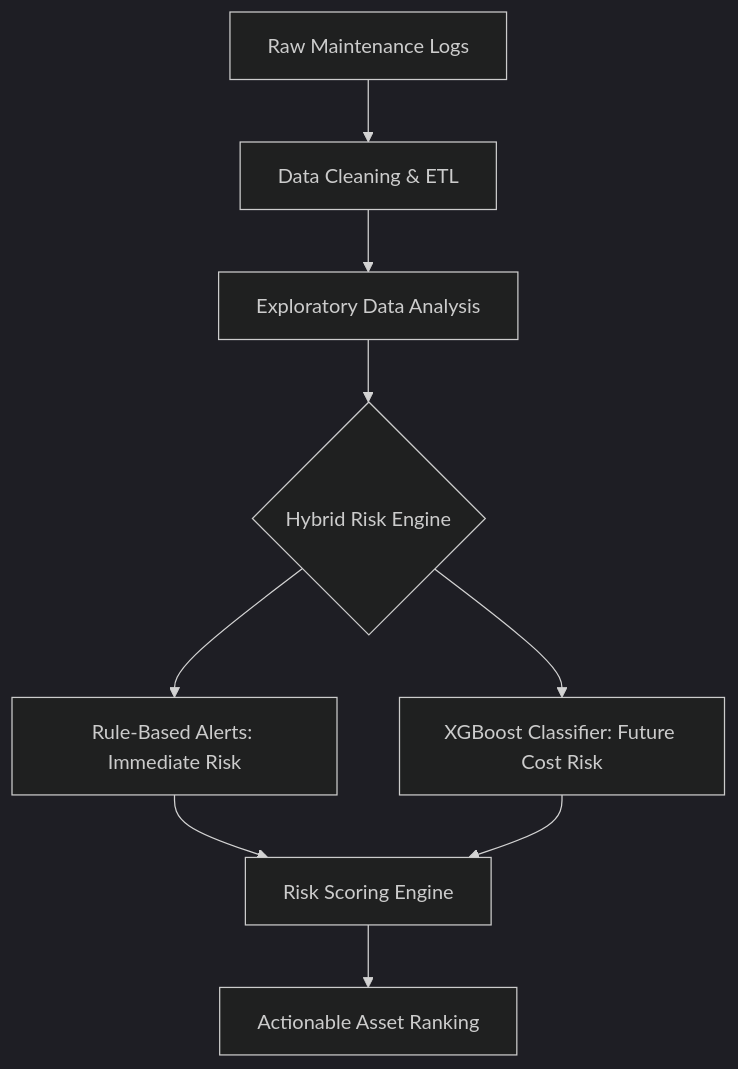
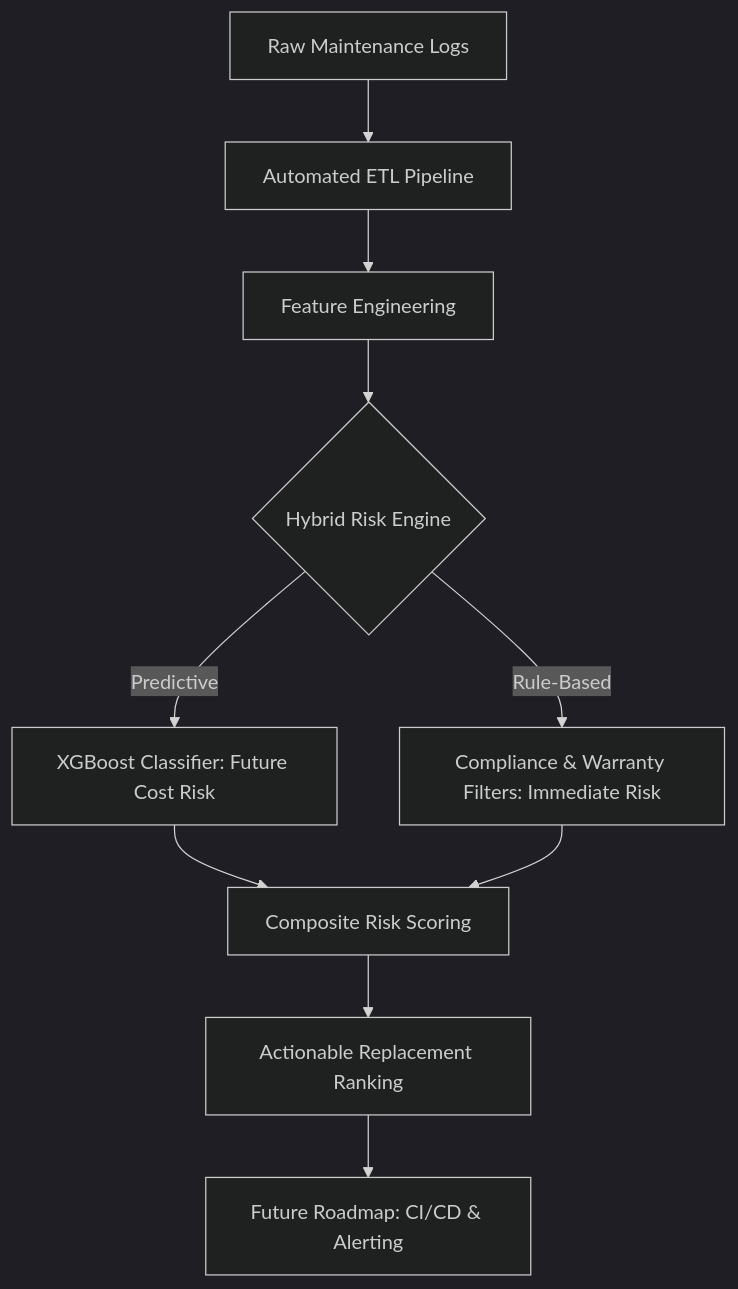
Before and after one commit to hty1206/Smart-ITAM-Analytics: the diagram in README.md, drawn with Mermaid (dark theme). The commit also changed other lines of this file and 4 other files, not shown here.

````diff
--- a/README.md
+++ b/README.md
@@ -27,11 +25,12 @@
 ```mermaid
 graph TD
-    A[Raw Maintenance Logs] --> B[Data Cleaning & ETL]
-    B --> C[Exploratory Data Analysis]
+    A[Raw Maintenance Logs] --> B[Automated ETL Pipeline]
+    B --> C[Feature Engineering]
     C --> D{Hybrid Risk Engine}
-    D --> E[Rule-Based Alerts: Immediate Risk]
-    D --> F[XGBoost Classifier: Future Cost Risk]
-    E --> G[Risk Scoring Engine]
+    D -->|Predictive| E[XGBoost Classifier: Future Cost Risk]
+    D -->|Rule-Based| F[Compliance & Warranty Filters: Immediate Risk]
+    E --> G[Composite Risk Scoring]
     F --> G
-    G --> H[Actionable Asset Ranking]
+    G --> H[Actionable Replacement Ranking]
+    H --> I[Future Roadmap: CI/CD & Alerting]
 ```
````
